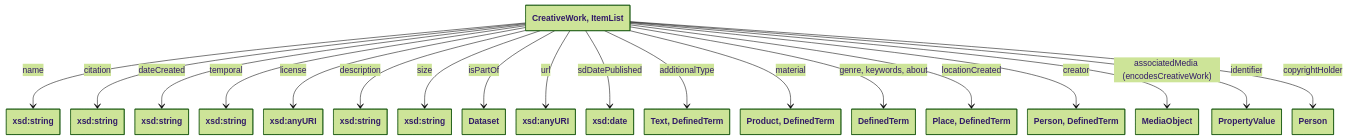
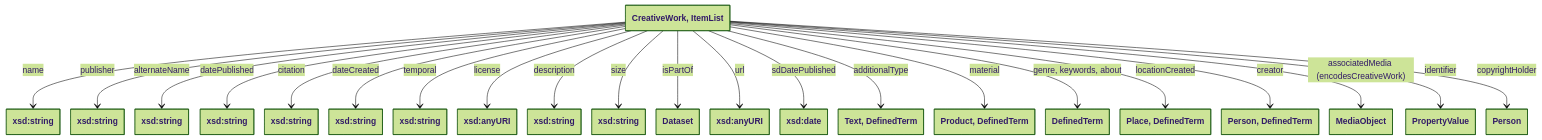
The first of 7 diagrams in README.md (collectienederland/schema-profile), drawn with Mermaid before and after one commit. The commit also changed other lines of this file, not shown here.

````diff
--- a/README.md
+++ b/README.md
@@ -12,67 +12,76 @@
 ```mermaid
 ---
   config:
     theme: forest
     nodeSpacing: 20
     rankSpacing: 100
     class:  
       hideEmptyMembersBox: true
 ---
 classDiagram
 class creativework["CreativeWork, ItemList"]
 
 class lit_name["xsd:string"]
 creativework --> lit_name: name
+
+class lit_publisher["xsd:string"]
+creativework --> lit_publisher: publisher
+
+class lit_alternateName["xsd:string"]
+creativework --> lit_alternateName: alternateName
+
+class lit_datePublished["xsd:string"]
+creativework --> lit_datePublished: datePublished
 
 class lit_citation["xsd:string"]
 creativework --> lit_citation: citation
 
 class lit_1["xsd:string"]
 creativework --> lit_1: dateCreated
 
 class lit_22["xsd:string"]
 creativework --> lit_22: temporal
 
 class lit_24["xsd:anyURI"]
 creativework --> lit_24: license
 
 class lit_9["xsd:string"]
 creativework --> lit_9: description
 
 class lit_13["xsd:string"]
 creativework --> lit_13: size
 
 class lit_14["Dataset"]
 creativework --> lit_14: isPartOf
 
 class lit_17["xsd:anyURI"]
 creativework --> lit_17: url
 
 class lit_25["xsd:date"]
 creativework --> lit_25: sdDatePublished
 
 class additional["Text, DefinedTerm"]
 creativework --> additional: additionalType
 
 class product["Product, DefinedTerm"]
 creativework --> product: material
 
 class defterm["DefinedTerm"]
 creativework --> defterm: genre, keywords, about
 
 class place["Place, DefinedTerm"]
 creativework --> place: locationCreated
 
 class person["Person, DefinedTerm"]
 creativework --> person: creator
 
 class mediaobject["MediaObject"]
 creativework --> mediaobject: associatedMedia (encodesCreativeWork)
 
 class propval["PropertyValue"]
 creativework --> propval: identifier
 
 class copyperson["Person"]
 creativework --> copyperson: copyrightHolder
 
 ```
````
